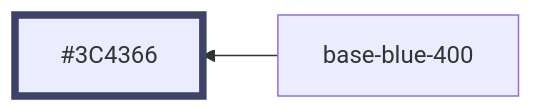
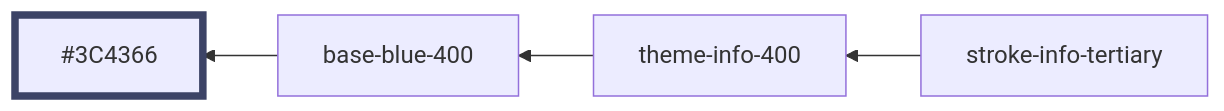
Before and after one commit to oxidecomputer/design-system: diagram 36 of 51 in styles/dist/main.md, drawn with Mermaid. The commit also changed other lines of this file and 8 other files, not shown here.

````diff
--- a/styles/dist/main.md
+++ b/styles/dist/main.md
@@ -429,6 +435,8 @@
 ```mermaid
 graph RL
   base-blue-400 --> #3C4366:::base-blue-400
+  stroke-info-tertiary --> theme-info-400
+  theme-info-400 --> base-blue-400
 
 	classDef base-blue-400 stroke-width:5,stroke:#3C4366
 ```
````
